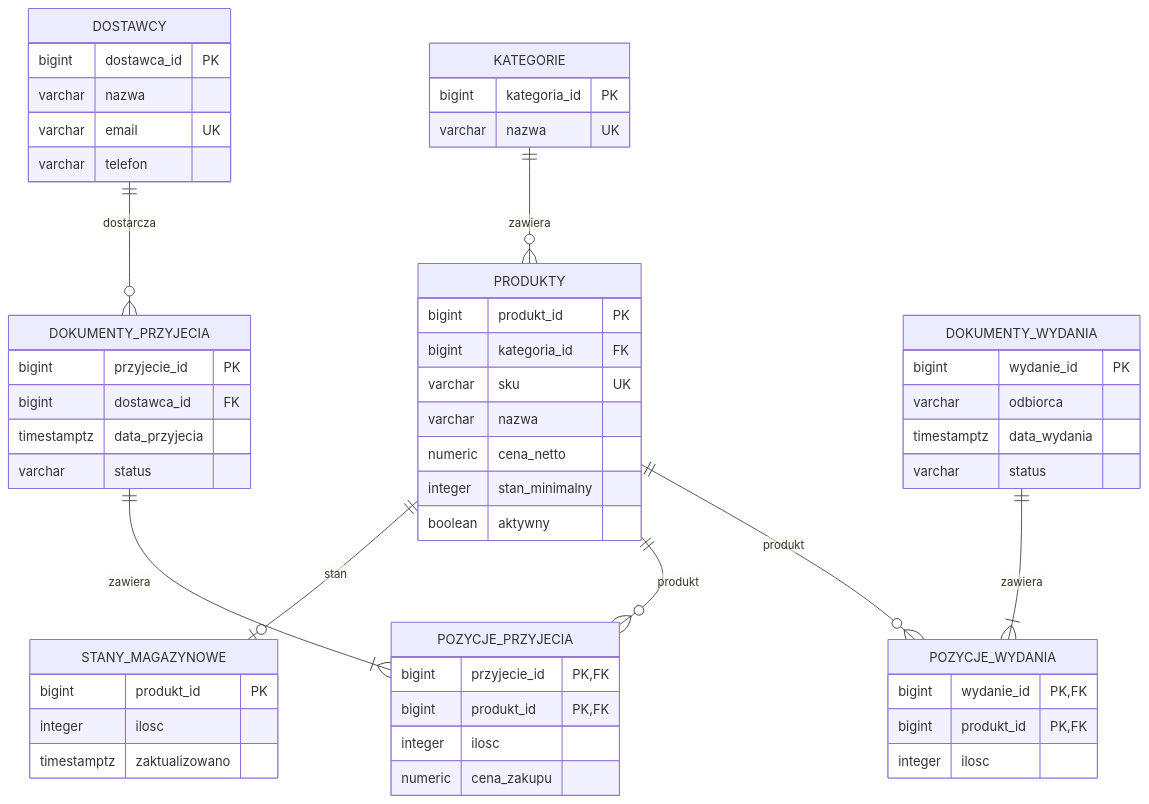
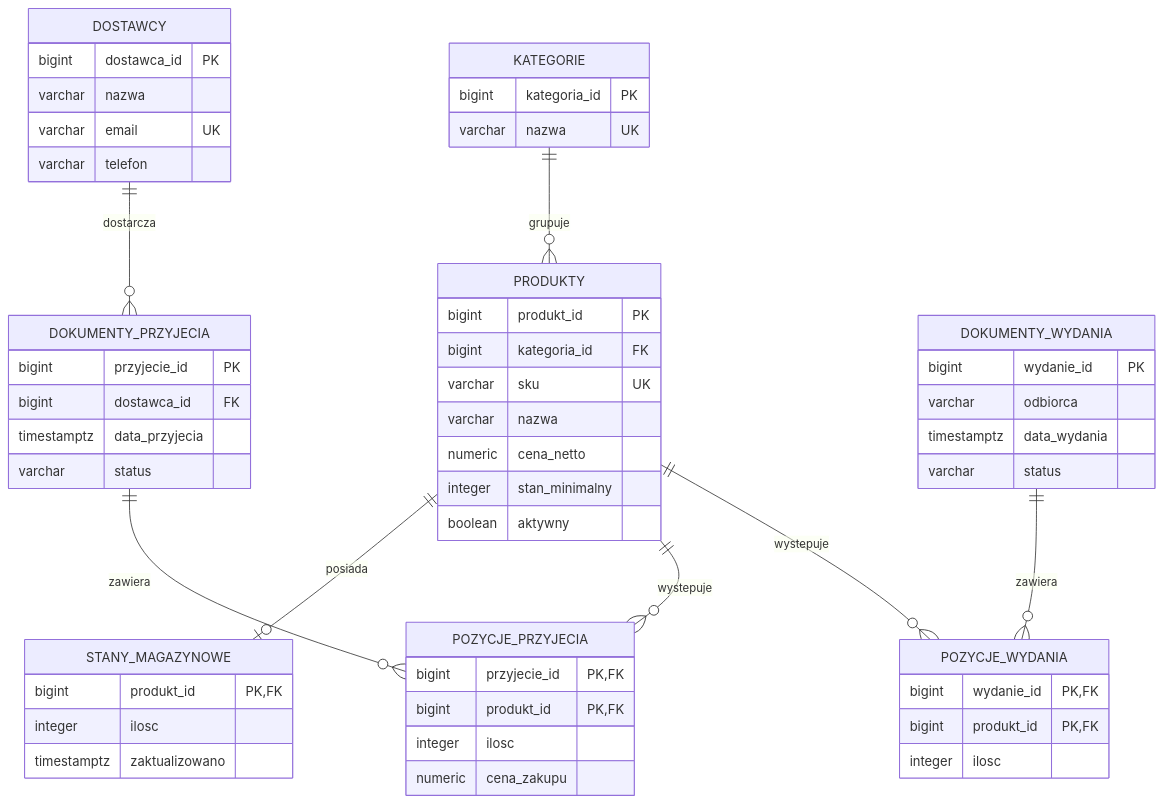
Before and after one commit to XbartasX/magazyn-postgresql: the diagram in docs/diagram-erd.md, drawn with Mermaid.

Commit message:
Update ERD diagram relationships and attributes

````diff
--- a/docs/diagram-erd.md
+++ b/docs/diagram-erd.md
@@ -3,65 +3,65 @@
 ```mermaid
 erDiagram
-    KATEGORIE ||--o{ PRODUKTY : zawiera
+    KATEGORIE ||--o{ PRODUKTY : grupuje
     DOSTAWCY ||--o{ DOKUMENTY_PRZYJECIA : dostarcza
-    PRODUKTY ||--o| STANY_MAGAZYNOWE : stan
-    DOKUMENTY_PRZYJECIA ||--|{ POZYCJE_PRZYJECIA : zawiera
-    PRODUKTY ||--o{ POZYCJE_PRZYJECIA : produkt
-    DOKUMENTY_WYDANIA ||--|{ POZYCJE_WYDANIA : zawiera
-    PRODUKTY ||--o{ POZYCJE_WYDANIA : produkt
+    PRODUKTY ||--o| STANY_MAGAZYNOWE : posiada
+    DOKUMENTY_PRZYJECIA ||--o{ POZYCJE_PRZYJECIA : zawiera
+    PRODUKTY ||--o{ POZYCJE_PRZYJECIA : wystepuje
+    DOKUMENTY_WYDANIA ||--o{ POZYCJE_WYDANIA : zawiera
+    PRODUKTY ||--o{ POZYCJE_WYDANIA : wystepuje
 
     KATEGORIE {
         bigint kategoria_id PK
         varchar nazwa UK
     }
 
     DOSTAWCY {
         bigint dostawca_id PK
         varchar nazwa
         varchar email UK
         varchar telefon
     }
 
     PRODUKTY {
         bigint produkt_id PK
         bigint kategoria_id FK
         varchar sku UK
         varchar nazwa
         numeric cena_netto
         integer stan_minimalny
         boolean aktywny
     }
 
     STANY_MAGAZYNOWE {
-        bigint produkt_id PK
+        bigint produkt_id PK, FK
         integer ilosc
         timestamptz zaktualizowano
     }
 
     DOKUMENTY_PRZYJECIA {
         bigint przyjecie_id PK
         bigint dostawca_id FK
         timestamptz data_przyjecia
         varchar status
     }
 
     POZYCJE_PRZYJECIA {
         bigint przyjecie_id PK, FK
         bigint produkt_id PK, FK
         integer ilosc
         numeric cena_zakupu
     }
 
     DOKUMENTY_WYDANIA {
         bigint wydanie_id PK
         varchar odbiorca
         timestamptz data_wydania
         varchar status
     }
 
     POZYCJE_WYDANIA {
         bigint wydanie_id PK, FK
         bigint produkt_id PK, FK
         integer ilosc
     }
 ```
````
